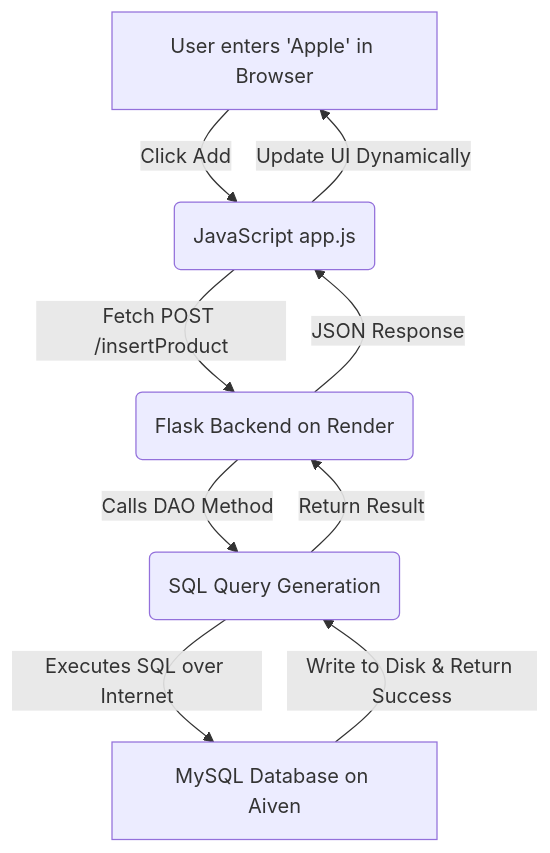
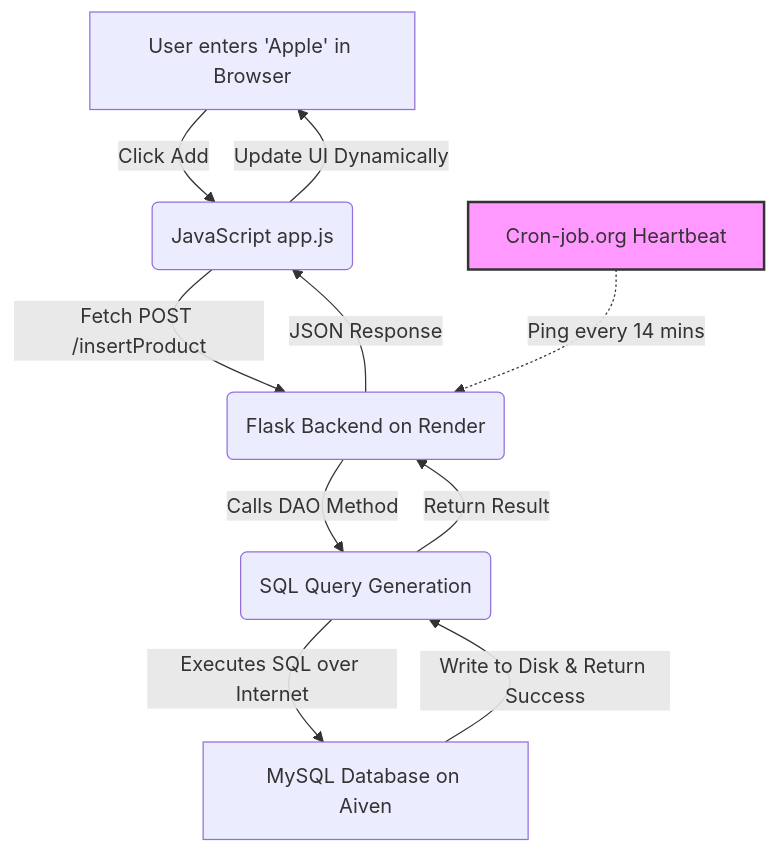
One commit to shivaprasa1/Grocery_store_application changed the diagram in ARCHITECTURE_AND_FLOW.md. Above: the diagram before and after it, drawn with Mermaid. The commit also changed other lines of this file and 5 other files, not shown here.

Commit message:
feat: add keep-alive cron job, implement SSL-enabled database connection, and update deployment documentation.

````diff
--- a/ARCHITECTURE_AND_FLOW.md
+++ b/ARCHITECTURE_AND_FLOW.md
@@ -66,11 +36,14 @@
 ```mermaid
 graph TD
     A[User enters 'Apple' in Browser] -->|Click Add| B(JavaScript app.js)
     B -->|Fetch POST /insertProduct| C(Flask Backend on Render)
     C -->|Calls DAO Method| D(SQL Query Generation)
     D -->|Executes SQL over Internet| E[MySQL Database on Aiven]
     E -->|Write to Disk & Return Success| D
     D -->|Return Result| C
     C -->|JSON Response| B
     B -->|Update UI Dynamically| A
+    
+    F[Cron-job.org Heartbeat] -.->|Ping every 14 mins| C
+    style F fill:#f9f,stroke:#333,stroke-width:2px
 ```
````
